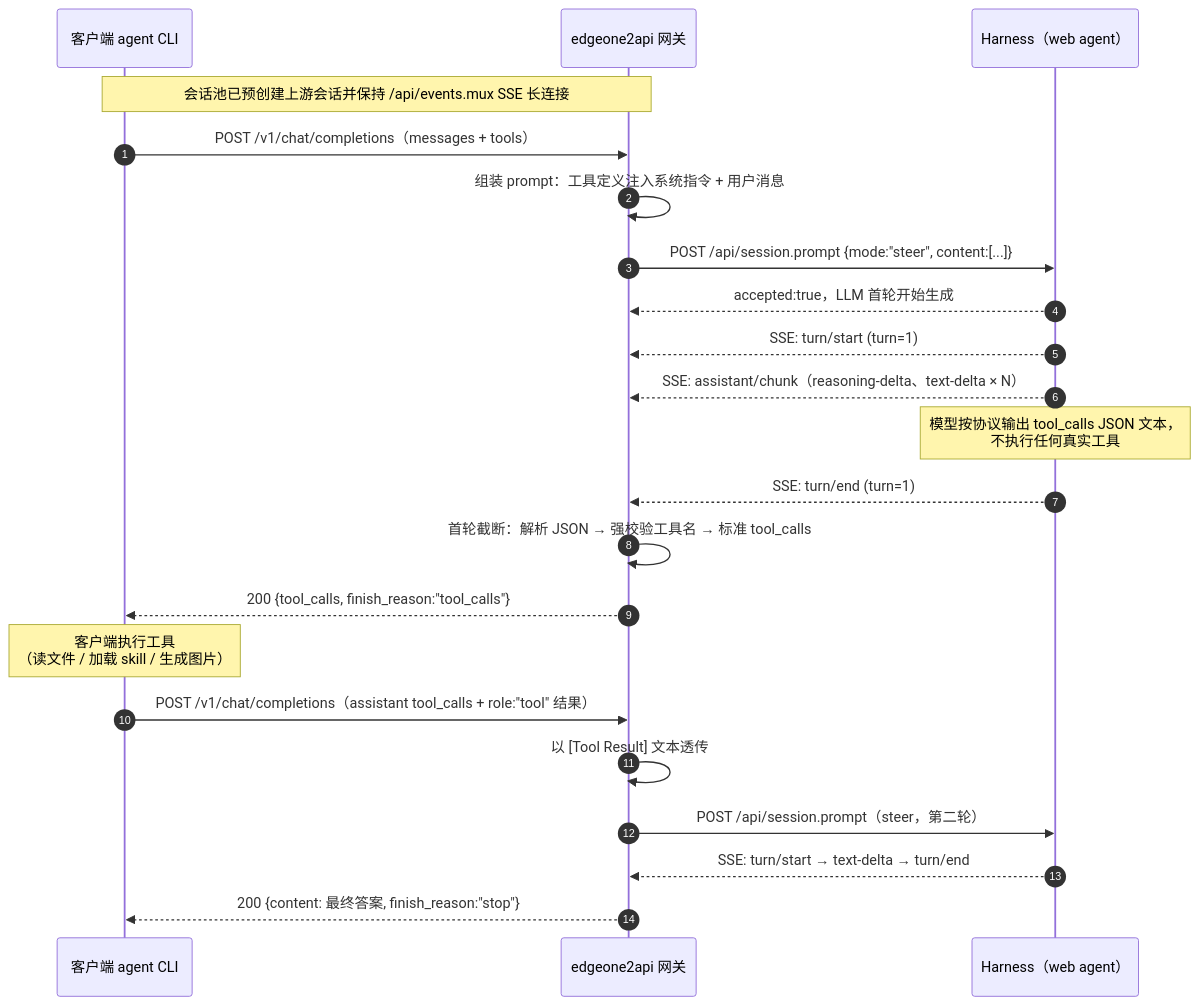
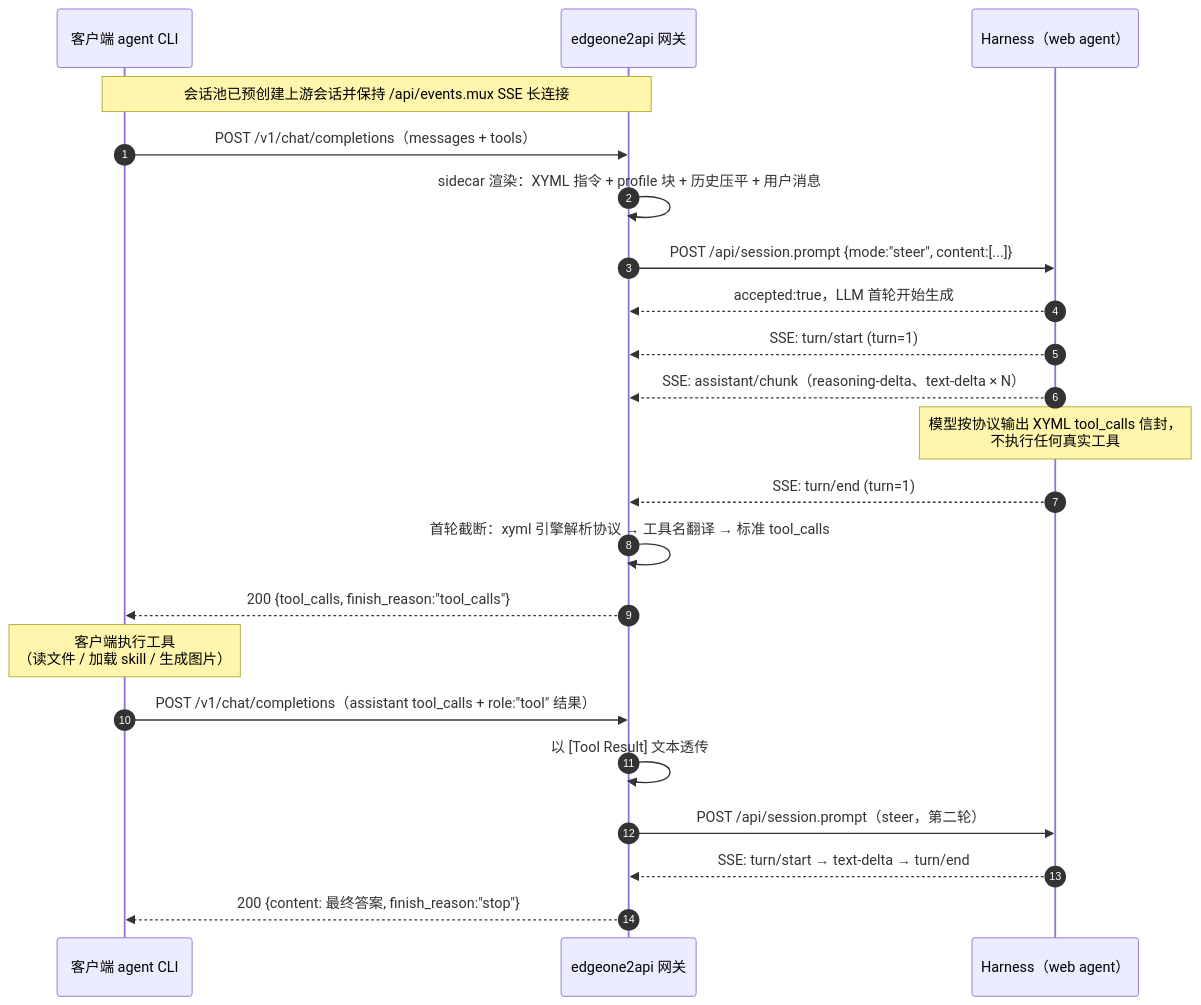
The diagram in README.md (lwjlwjlwjlwj/edgeone2api), drawn with Mermaid before and after one commit. The commit also changed other lines of this file and 19 other files, not shown here.

First line of the commit message:
feat: 完整迁移 toolforge xyml-package 工具引擎到 sidecar

````diff
--- a/README.md
+++ b/README.md
@@ -201,25 +204,25 @@
 ```mermaid
 sequenceDiagram
     autonumber
     participant C as 客户端 agent CLI
     participant G as edgeone2api 网关
     participant H as Harness（web agent）
 
     Note over C,G: 会话池已预创建上游会话并保持 /api/events.mux SSE 长连接
     C->>G: POST /v1/chat/completions（messages + tools）
-    G->>G: 组装 prompt：工具定义注入系统指令 + 用户消息
+    G->>G: sidecar 渲染：XYML 指令 + profile 块 + 历史压平 + 用户消息
     G->>H: POST /api/session.prompt {mode:"steer", content:[...]}
     H-->>G: accepted:true，LLM 首轮开始生成
     H-->>G: SSE: turn/start (turn=1)
     H-->>G: SSE: assistant/chunk（reasoning-delta、text-delta × N）
-    Note over H: 模型按协议输出 tool_calls JSON 文本，<br/>不执行任何真实工具
+    Note over H: 模型按协议输出 XYML tool_calls 信封，<br/>不执行任何真实工具
     H-->>G: SSE: turn/end (turn=1)
-    G->>G: 首轮截断：解析 JSON → 强校验工具名 → 标准 tool_calls
+    G->>G: 首轮截断：xyml 引擎解析协议 → 工具名翻译 → 标准 tool_calls
     G-->>C: 200 {tool_calls, finish_reason:"tool_calls"}
     Note over C: 客户端执行工具<br/>（读文件 / 加载 skill / 生成图片）
     C->>G: POST /v1/chat/completions（assistant tool_calls + role:"tool" 结果）
     G->>G: 以 [Tool Result] 文本透传
     G->>H: POST /api/session.prompt（steer，第二轮）
     H-->>G: SSE: turn/start → text-delta → turn/end
     G-->>C: 200 {content: 最终答案, finish_reason:"stop"}
 ```
````
